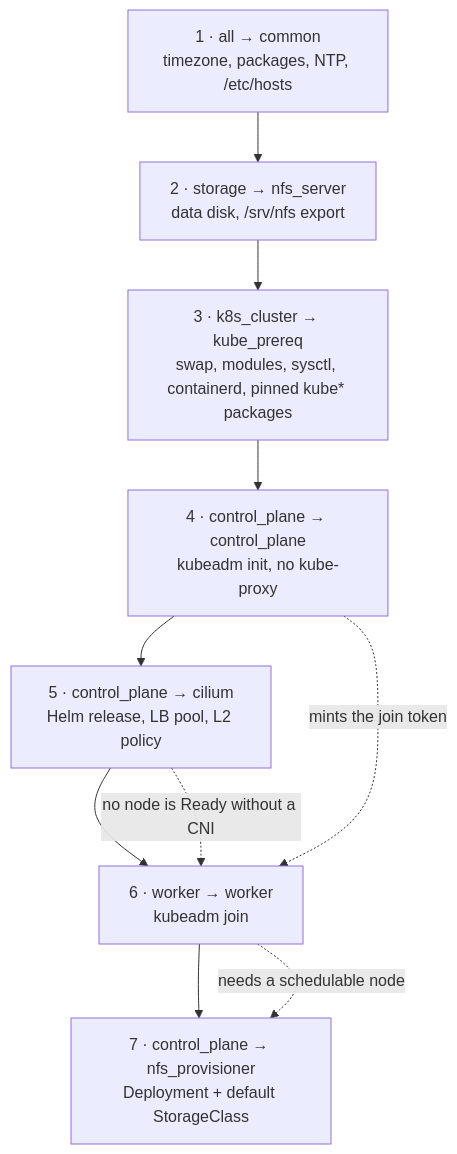
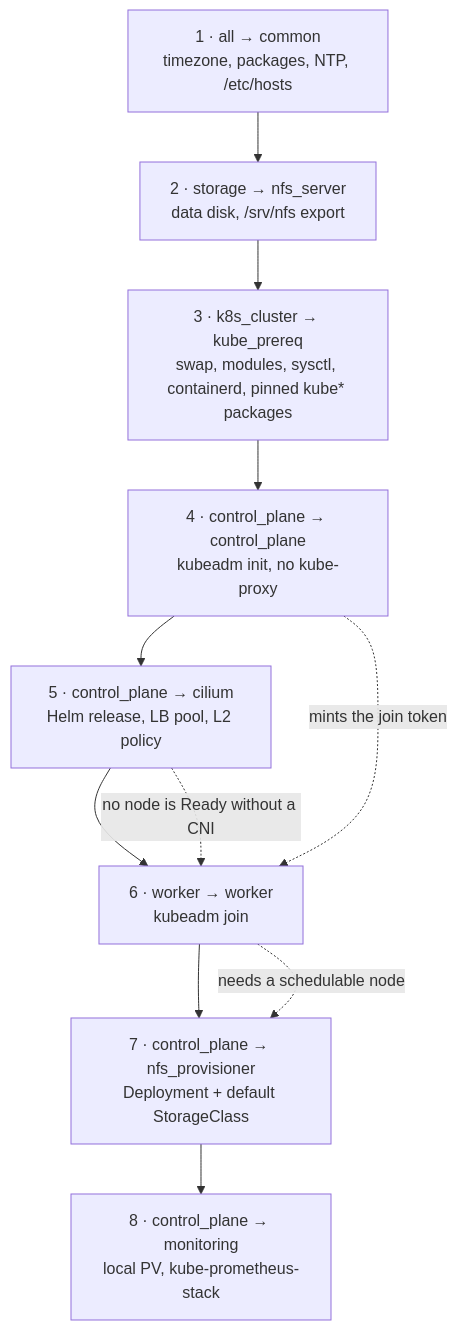
One commit to TheElysium/homelab changed the fifth of 7 diagrams in docs/provisioning.md. Above: the diagram before and after it, drawn with Mermaid. The commit also changed other lines of this file and 15 other files, not shown here.

First line of the commit message:
Deploy kube-prometheus-stack on the cluster

````diff
--- a/docs/provisioning.md
+++ b/docs/provisioning.md
@@ -171,15 +191,16 @@
 ```mermaid
 flowchart TB
     P1["1 · all → common<br/>timezone, packages, NTP, /etc/hosts"]
     P2["2 · storage → nfs_server<br/>data disk, /srv/nfs export"]
     P3["3 · k8s_cluster → kube_prereq<br/>swap, modules, sysctl, containerd, pinned kube* packages"]
     P4["4 · control_plane → control_plane<br/>kubeadm init, no kube-proxy"]
     P5["5 · control_plane → cilium<br/>Helm release, LB pool, L2 policy"]
     P6["6 · worker → worker<br/>kubeadm join"]
     P7["7 · control_plane → nfs_provisioner<br/>Deployment + default StorageClass"]
+    P8["8 · control_plane → monitoring<br/>local PV, kube-prometheus-stack"]
 
-    P1 --> P2 --> P3 --> P4 --> P5 --> P6 --> P7
+    P1 --> P2 --> P3 --> P4 --> P5 --> P6 --> P7 --> P8
     P6 -.->|"needs a schedulable node"| P7
     P5 -.->|"no node is Ready without a CNI"| P6
     P4 -.->|"mints the join token"| P6
 ```
````
